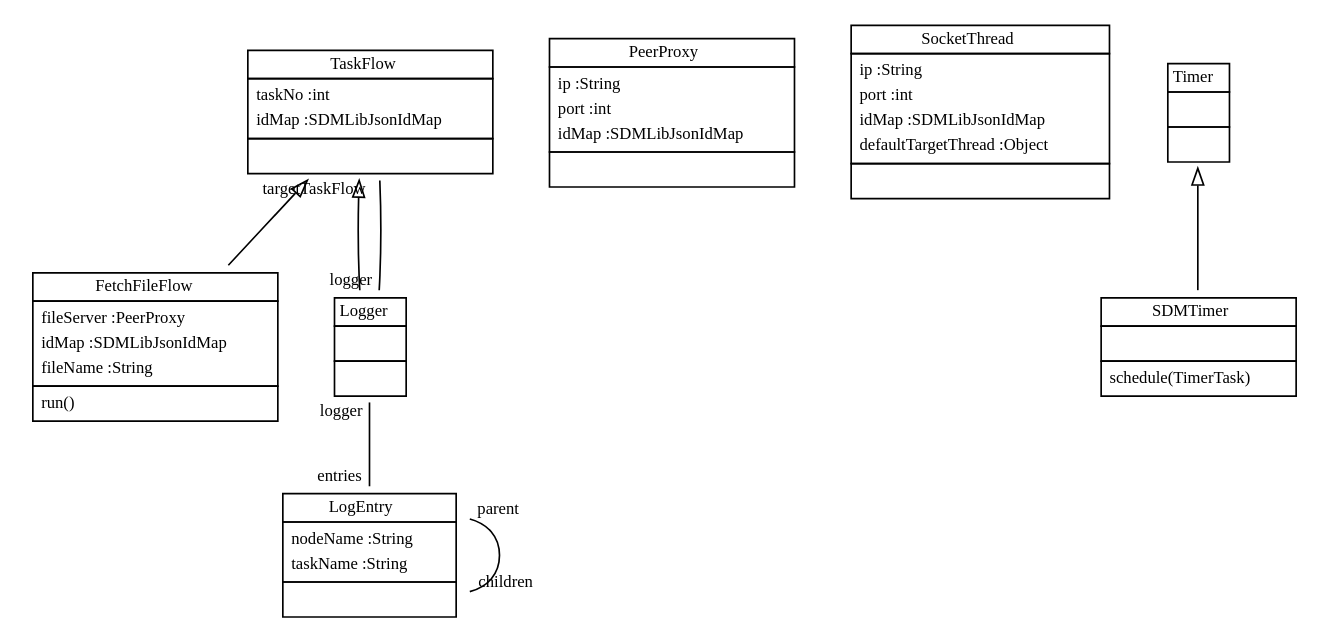
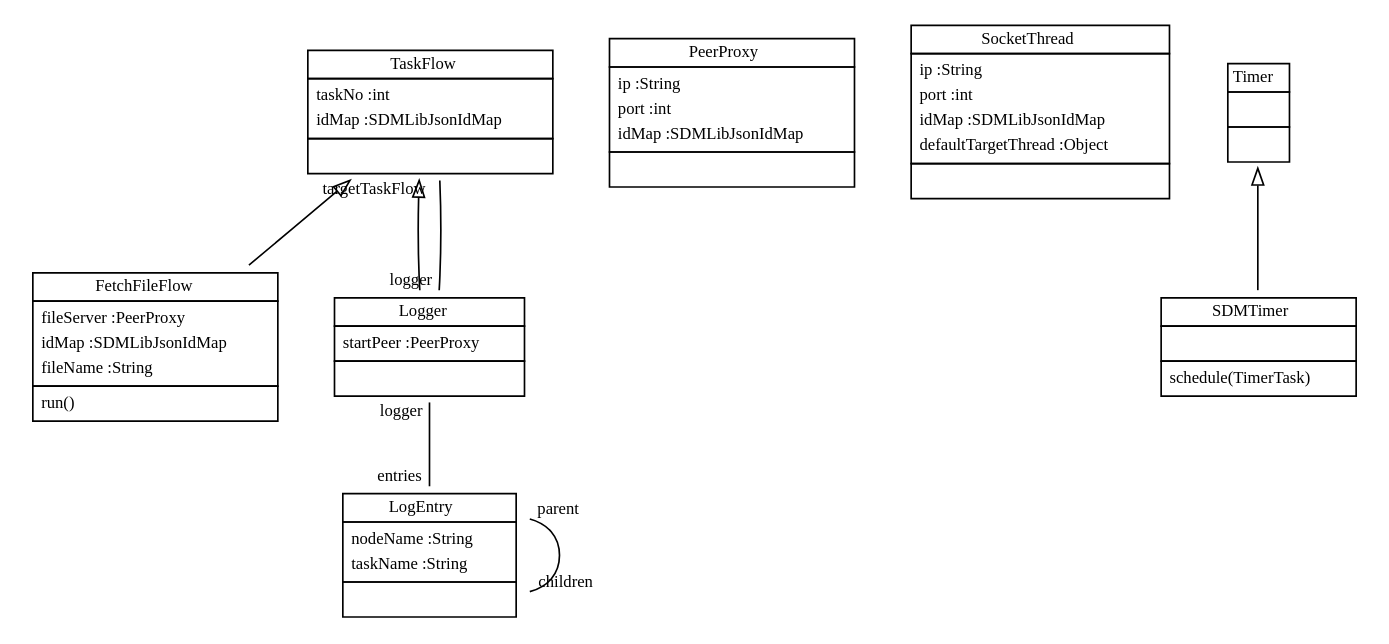
The diagram in doc/taskflowmodeldiag.dot (fujaba/SDMLib), drawn with Graphviz before and after one commit. The commit also changed 14 other files, not shown here.

Commit message:
swimlane diagrams: collect loggers on startPeer

```diff
--- a/doc/taskflowmodeldiag.dot
+++ b/doc/taskflowmodeldiag.dot
@@ -1,24 +1,24 @@
 
  digraph ClassDiagram {
     node [shape = none, fontsize = 10]; 
     edge [fontsize = 10];
     
     
     _TaskFlow [label=<<table border='0' cellborder='1' cellspacing='0'> <tr> <td HREF="../swtsrc/org/sdmlib/model/taskflows/TaskFlow.java">TaskFlow</td> </tr> <tr><td><table border='0' cellborder='0' cellspacing='0'> <tr><td align='left'>taskNo :int</td></tr> <tr><td align='left'>idMap :SDMLibJsonIdMap</td></tr>  </table></td></tr> <tr><td><table border='0' cellborder='0' cellspacing='0'> <tr><td> </td></tr> </table></td></tr> </table>>];
     _PeerProxy [label=<<table border='0' cellborder='1' cellspacing='0'> <tr> <td HREF="../swtsrc/org/sdmlib/model/taskflows/PeerProxy.java">PeerProxy</td> </tr> <tr><td><table border='0' cellborder='0' cellspacing='0'> <tr><td align='left'>ip :String</td></tr> <tr><td align='left'>port :int</td></tr> <tr><td align='left'>idMap :SDMLibJsonIdMap</td></tr>  </table></td></tr> <tr><td><table border='0' cellborder='0' cellspacing='0'> <tr><td> </td></tr> </table></td></tr> </table>>];
     _SocketThread [label=<<table border='0' cellborder='1' cellspacing='0'> <tr> <td HREF="../swtsrc/org/sdmlib/model/taskflows/SocketThread.java">SocketThread</td> </tr> <tr><td><table border='0' cellborder='0' cellspacing='0'> <tr><td align='left'>ip :String</td></tr> <tr><td align='left'>port :int</td></tr> <tr><td align='left'>idMap :SDMLibJsonIdMap</td></tr> <tr><td align='left'>defaultTargetThread :Object</td></tr>  </table></td></tr> <tr><td><table border='0' cellborder='0' cellspacing='0'> <tr><td> </td></tr> </table></td></tr> </table>>];
     _FetchFileFlow [label=<<table border='0' cellborder='1' cellspacing='0'> <tr> <td HREF="../swtsrc/org/sdmlib/model/taskflows/FetchFileFlow.java">FetchFileFlow</td> </tr> <tr><td><table border='0' cellborder='0' cellspacing='0'> <tr><td align='left'>fileServer :PeerProxy</td></tr> <tr><td align='left'>idMap :SDMLibJsonIdMap</td></tr> <tr><td align='left'>fileName :String</td></tr>  </table></td></tr> <tr><td><table border='0' cellborder='0' cellspacing='0'> <tr><td align='left'>run()</td></tr>  </table></td></tr> </table>>];
-    _Logger [label=<<table border='0' cellborder='1' cellspacing='0'> <tr> <td HREF="../swtsrc/org/sdmlib/model/taskflows/Logger.java">Logger</td> </tr> <tr><td><table border='0' cellborder='0' cellspacing='0'> <tr><td> </td></tr> </table></td></tr> <tr><td><table border='0' cellborder='0' cellspacing='0'> <tr><td> </td></tr> </table></td></tr> </table>>];
+    _Logger [label=<<table border='0' cellborder='1' cellspacing='0'> <tr> <td HREF="../swtsrc/org/sdmlib/model/taskflows/Logger.java">Logger</td> </tr> <tr><td><table border='0' cellborder='0' cellspacing='0'> <tr><td align='left'>startPeer :PeerProxy</td></tr>  </table></td></tr> <tr><td><table border='0' cellborder='0' cellspacing='0'> <tr><td> </td></tr> </table></td></tr> </table>>];
     _LogEntry [label=<<table border='0' cellborder='1' cellspacing='0'> <tr> <td HREF="../swtsrc/org/sdmlib/model/taskflows/LogEntry.java">LogEntry</td> </tr> <tr><td><table border='0' cellborder='0' cellspacing='0'> <tr><td align='left'>nodeName :String</td></tr> <tr><td align='left'>taskName :String</td></tr>  </table></td></tr> <tr><td><table border='0' cellborder='0' cellspacing='0'> <tr><td> </td></tr> </table></td></tr> </table>>];
     _Timer [label=<<table border='0' cellborder='1' cellspacing='0'> <tr> <td HREF="../swtsrc/java/util/Timer.java">Timer</td> </tr> <tr><td><table border='0' cellborder='0' cellspacing='0'> <tr><td> </td></tr> </table></td></tr> <tr><td><table border='0' cellborder='0' cellspacing='0'> <tr><td> </td></tr> </table></td></tr> </table>>];
     _SDMTimer [label=<<table border='0' cellborder='1' cellspacing='0'> <tr> <td HREF="../swtsrc/org/sdmlib/model/taskflows/SDMTimer.java">SDMTimer</td> </tr> <tr><td><table border='0' cellborder='0' cellspacing='0'> <tr><td> </td></tr> </table></td></tr> <tr><td><table border='0' cellborder='0' cellspacing='0'> <tr><td align='left'>schedule(TimerTask)</td></tr>  </table></td></tr> </table>>];
     
     
     
     _TaskFlow ->  _FetchFileFlow [dir = "back" arrowtail = "empty"];
     _TaskFlow ->  _Logger [dir = "back" arrowtail = "empty"];
     _Timer ->  _SDMTimer [dir = "back" arrowtail = "empty"];
     _Logger -> _TaskFlow [headlabel = "targetTaskFlow" taillabel = "logger" arrowhead = "none" ];
     _Logger -> _LogEntry [headlabel = "entries" taillabel = "logger" arrowhead = "none" ];
     _LogEntry -> _LogEntry [headlabel = "children" taillabel = "parent" arrowhead = "none" ];
 }
```
